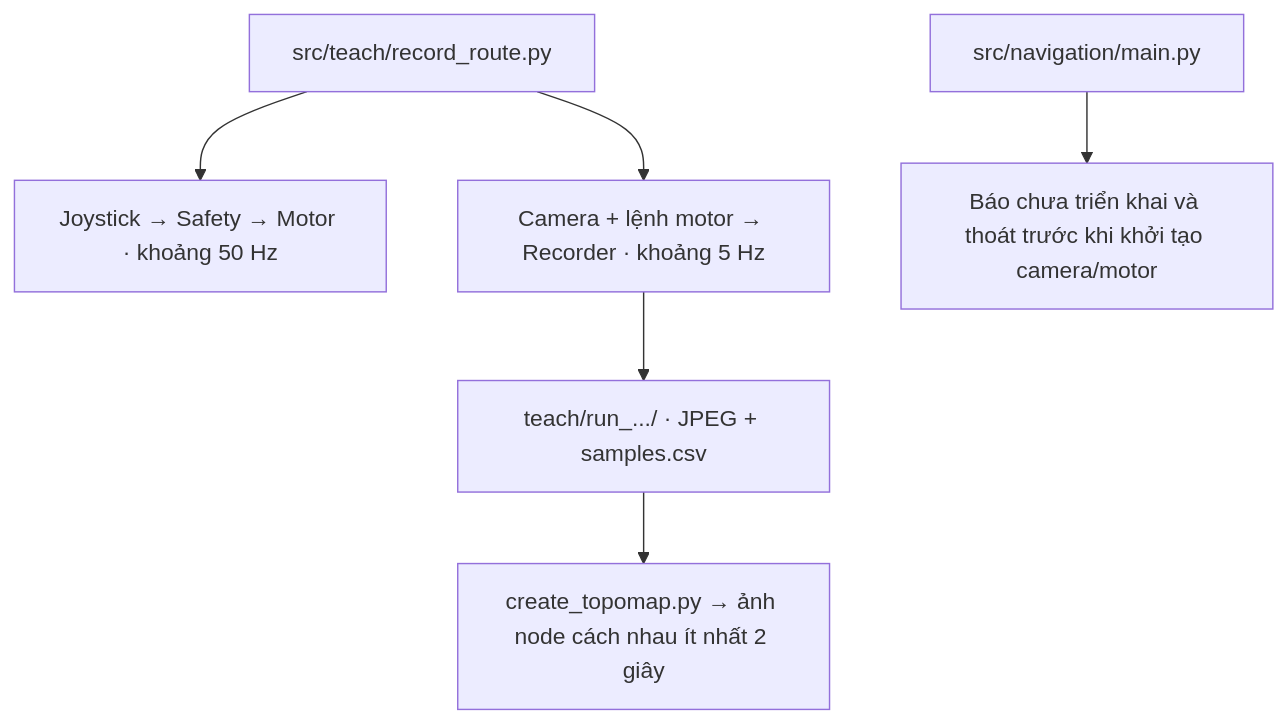
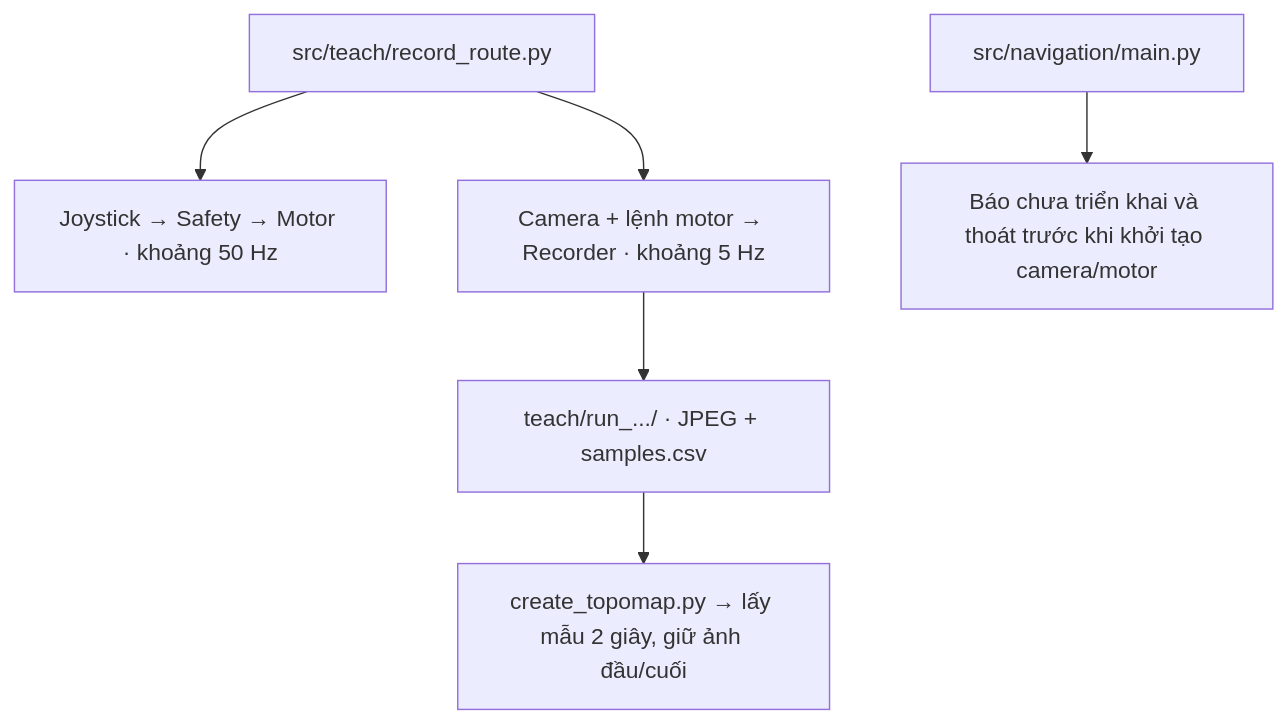
The diagram in README.md (ToiLaKiet/the-patrol-jetbot), drawn with Mermaid before and after one commit. The commit also changed other lines of this file and 4 other files, not shown here.

````diff
--- a/README.md
+++ b/README.md
@@ -11,10 +11,10 @@
 ```mermaid
 flowchart TD
     Teach["src/teach/record_route.py"]
     Navigation["src/navigation/main.py"]
     Teach --> Joystick["Joystick → Safety → Motor · khoảng 50 Hz"]
     Teach --> Recorder["Camera + lệnh motor → Recorder · khoảng 5 Hz"]
     Recorder --> Data["teach/run_.../ · JPEG + samples.csv"]
-    Data --> Topomap["create_topomap.py → ảnh node cách nhau ít nhất 2 giây"]
+    Data --> Topomap["create_topomap.py → lấy mẫu 2 giây, giữ ảnh đầu/cuối"]
     Navigation --> Pending["Báo chưa triển khai và thoát trước khi khởi tạo camera/motor"]
 ```
````
